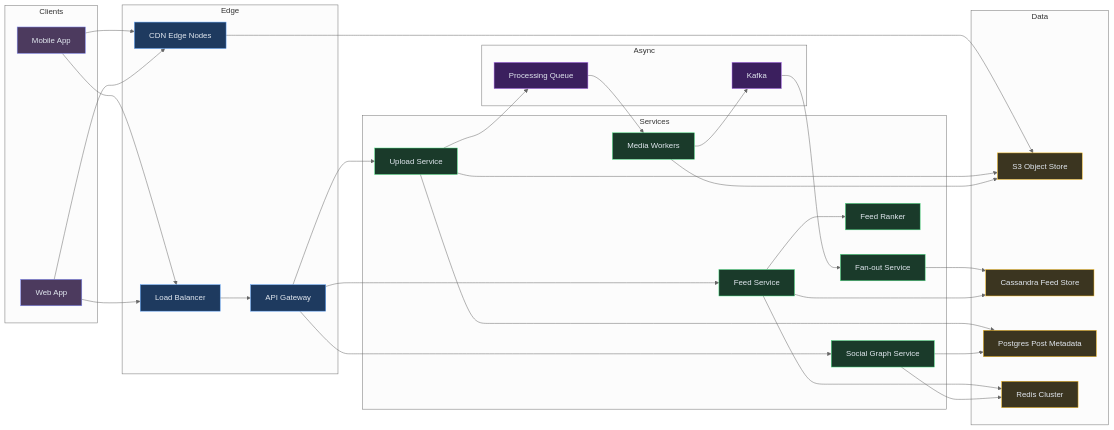
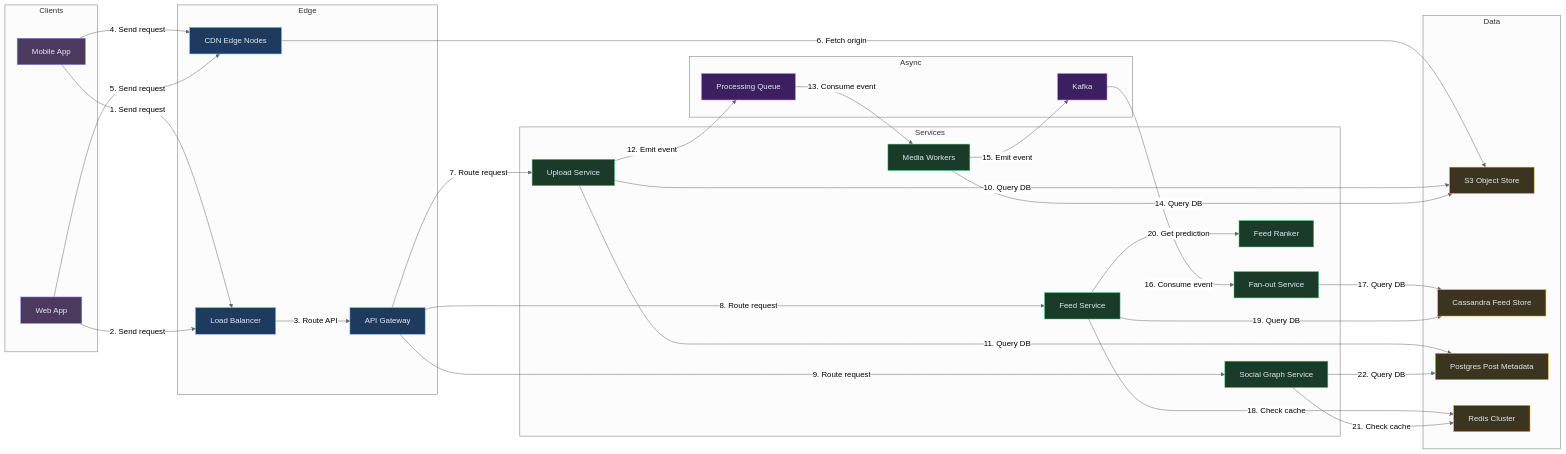
The ninth of 9 diagrams in content/hld/Instagram.md (iluzn/HLD-Designs), drawn with Mermaid (neutral theme) before and after one commit. The commit also changed other lines of this file and 27 other files, not shown here.

````diff
--- a/content/hld/Instagram.md
+++ b/content/hld/Instagram.md
@@ -582,63 +582,63 @@
 ```mermaid
 flowchart LR
     subgraph Clients
         MOB["Mobile App"]:::client
         WEB["Web App"]:::client
     end
 
     subgraph Edge
         LB["Load Balancer"]:::edge
         GW["API Gateway"]:::edge
         CDN["CDN Edge Nodes"]:::edge
     end
 
     subgraph Services
         US["Upload Service"]:::service
         FS["Feed Service"]:::service
         SGS["Social Graph Service"]:::service
         FO["Fan-out Service"]:::service
         MW["Media Workers"]:::service
         RANK["Feed Ranker"]:::service
     end
 
     subgraph Async
         KF["Kafka"]:::async
         PQ["Processing Queue"]:::async
     end
 
     subgraph Data
         S3["S3 Object Store"]:::data
         CASS["Cassandra Feed Store"]:::data
         PG["Postgres Post Metadata"]:::data
         RD["Redis Cluster"]:::data
     end
 
-    MOB --> LB
-    WEB --> LB
-    LB --> GW
-    MOB --> CDN
-    WEB --> CDN
-    CDN --> S3
-    GW --> US
-    GW --> FS
-    GW --> SGS
-    US --> S3
-    US --> PG
-    US --> PQ
-    PQ --> MW
-    MW --> S3
-    MW --> KF
-    KF --> FO
-    FO --> CASS
-    FS --> RD
-    FS --> CASS
-    FS --> RANK
-    SGS --> RD
-    SGS --> PG
+    MOB -->|"1. Send request"| LB
+    WEB -->|"2. Send request"| LB
+    LB -->|"3. Route API"| GW
+    MOB -->|"4. Send request"| CDN
+    WEB -->|"5. Send request"| CDN
+    CDN -->|"6. Fetch origin"| S3
+    GW -->|"7. Route request"| US
+    GW -->|"8. Route request"| FS
+    GW -->|"9. Route request"| SGS
+    US -->|"10. Query DB"| S3
+    US -->|"11. Query DB"| PG
+    US -->|"12. Emit event"| PQ
+    PQ -->|"13. Consume event"| MW
+    MW -->|"14. Query DB"| S3
+    MW -->|"15. Emit event"| KF
+    KF -->|"16. Consume event"| FO
+    FO -->|"17. Query DB"| CASS
+    FS -->|"18. Check cache"| RD
+    FS -->|"19. Query DB"| CASS
+    FS -->|"20. Get prediction"| RANK
+    SGS -->|"21. Check cache"| RD
+    SGS -->|"22. Query DB"| PG
 
     classDef client fill:#4c3a5e,stroke:#818cf8,color:#e2e8f0
     classDef edge fill:#1e3a5f,stroke:#60a5fa,color:#e2e8f0
     classDef service fill:#1a3a2a,stroke:#4ade80,color:#e2e8f0
     classDef async fill:#3b1f5e,stroke:#c084fc,color:#e2e8f0
     classDef data fill:#3b3520,stroke:#fbbf24,color:#e2e8f0
 ```
````
